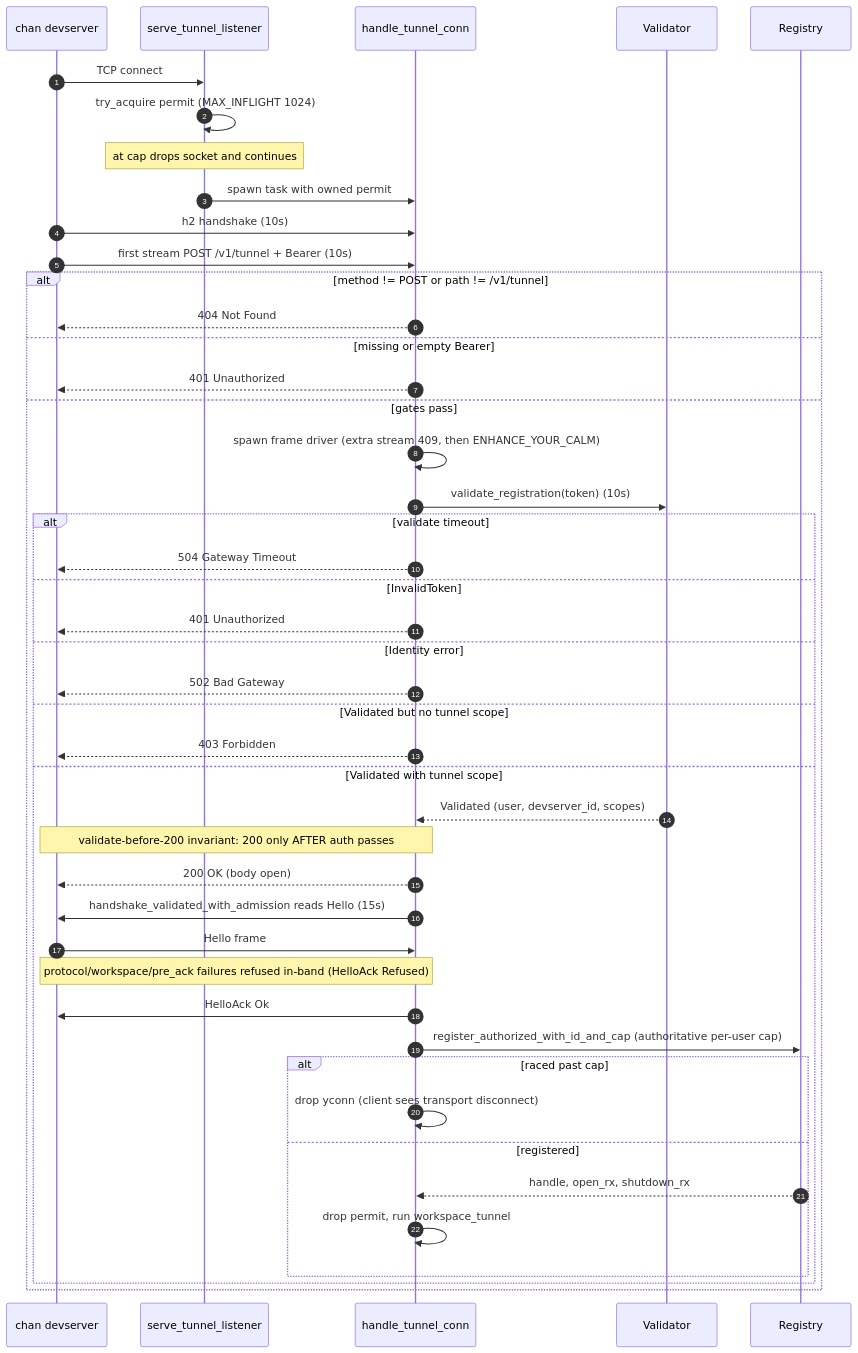
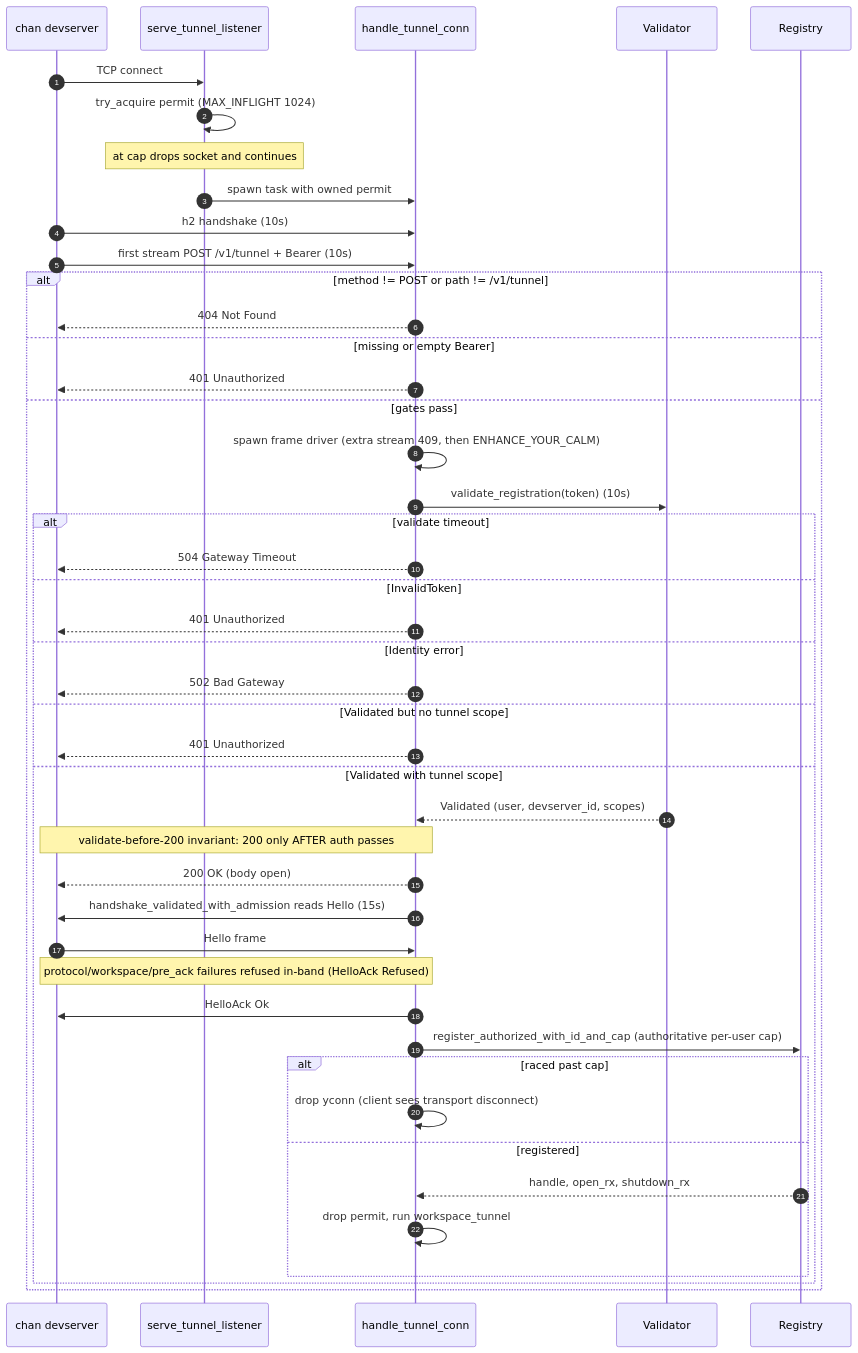
One commit to fiorix/chan changed the second of 2 diagrams in crates/chan-tunnel-server/design.md. Above: the diagram before and after it, drawn with Mermaid. The commit also changed other lines of this file and 11 other files, not shown here.

````diff
--- a/crates/chan-tunnel-server/design.md
+++ b/crates/chan-tunnel-server/design.md
@@ -73,49 +73,49 @@
 ```mermaid
 sequenceDiagram
     autonumber
     participant C as chan devserver
     participant L as serve_tunnel_listener
     participant H as handle_tunnel_conn
     participant V as Validator
     participant R as Registry
 
     C->>L: TCP connect
     L->>L: try_acquire permit (MAX_INFLIGHT 1024)
     Note over L: at cap drops socket and continues
     L->>H: spawn task with owned permit
     C->>H: h2 handshake (10s)
     C->>H: first stream POST /v1/tunnel + Bearer (10s)
 
     alt method != POST or path != /v1/tunnel
         H-->>C: 404 Not Found
     else missing or empty Bearer
         H-->>C: 401 Unauthorized
     else gates pass
         H->>H: spawn frame driver (extra stream 409, then ENHANCE_YOUR_CALM)
         H->>V: validate_registration(token) (10s)
         alt validate timeout
             H-->>C: 504 Gateway Timeout
         else InvalidToken
             H-->>C: 401 Unauthorized
         else Identity error
             H-->>C: 502 Bad Gateway
         else Validated but no tunnel scope
-            H-->>C: 403 Forbidden
+            H-->>C: 401 Unauthorized
         else Validated with tunnel scope
             V-->>H: Validated (user, devserver_id, scopes)
             Note over H,C: validate-before-200 invariant: 200 only AFTER auth passes
             H-->>C: 200 OK (body open)
             H->>C: handshake_validated_with_admission reads Hello (15s)
             C->>H: Hello frame
             Note over H,C: protocol/workspace/pre_ack failures refused in-band (HelloAck Refused)
             H->>C: HelloAck Ok
             H->>R: register_authorized_with_id_and_cap (authoritative per-user cap)
             alt raced past cap
                 H->>H: drop yconn (client sees transport disconnect)
             else registered
                 R-->>H: handle, open_rx, shutdown_rx
                 H->>H: drop permit, run workspace_tunnel
             end
         end
     end
 ```
````
